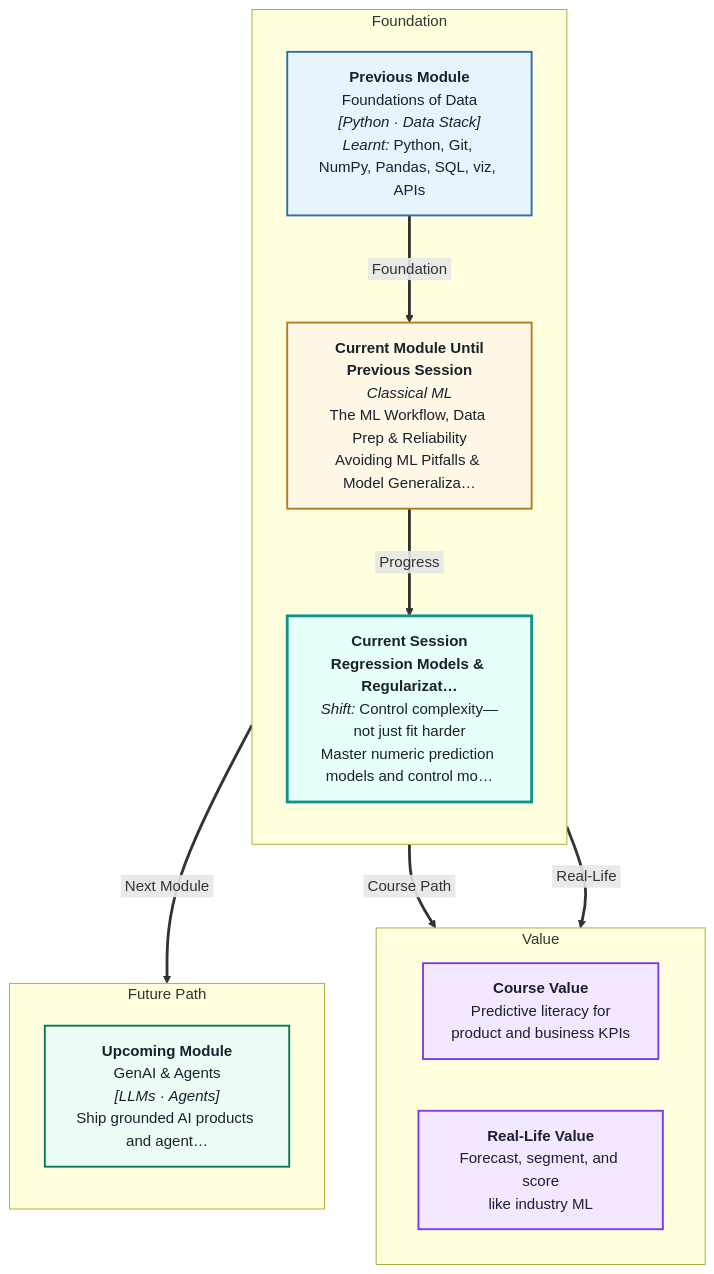
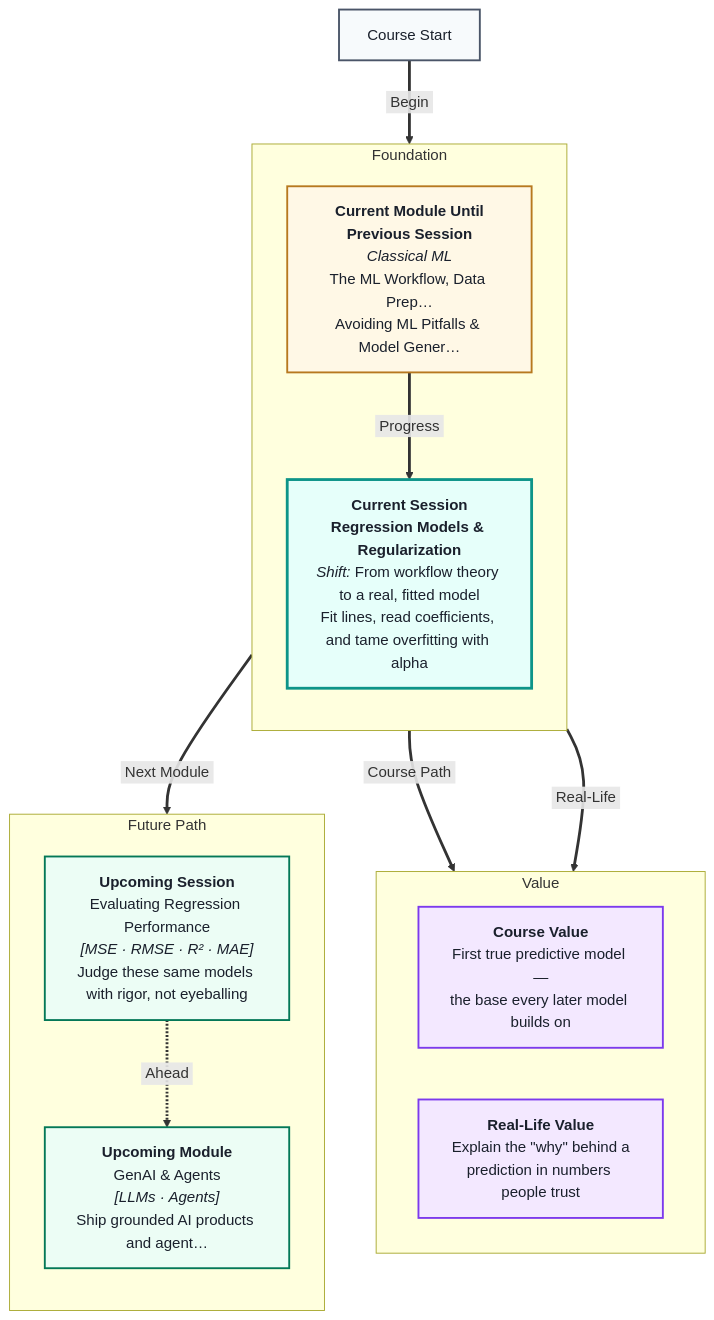
Before and after one commit to ritzrmx/Masai_Curriculum: the diagram in IITP_AIML_Regional/IITP-AIMLTN-2605/Module 2- Classical ML/Session 3- Regression Models & Regularization/mental Map: Regression Models & Regularization.md, drawn with Mermaid. The commit also changed 47 other files, not shown here.

First line of the commit message:
Regenerate Module 2 (Classical ML) lecture scripts, mental maps & coding problems

````diff
--- a/IITP_AIML_Regional/IITP-AIMLTN-2605/Module 2- Classical ML/Session 3- Regression Models & Regularization/mental Map: Regression Models & Regularization.md
+++ b/IITP_AIML_Regional/IITP-AIMLTN-2605/Module 2- Classical ML/Session 3- Regression Models & Regularization/mental Map: Regression Models & Regularization.md
@@ -1,41 +1,42 @@
 ```mermaid
 %%{init: {'flowchart': {'nodeSpacing': 55, 'rankSpacing': 65, 'diagramPadding': 24}}}%%
 flowchart TB
 linkStyle default stroke-width:3px
 
 subgraph foundation[" Foundation "]
 direction TB
-    P0["<b>Previous Module</b><br/>Foundations of Data<br/><i>[Python · Data Stack]</i><br/><i>Learnt:</i> Python, Git, NumPy, Pandas, SQL, viz, APIs"]
-    CURMOD["<b>Current Module Until<br/>Previous Session</b><br/><i>Classical ML</i><br/>The ML Workflow, Data Prep & Reliability<br/>Avoiding ML Pitfalls & Model Generaliza…"]
-    CURSES["<b>Current Session</b><br/><b>Regression Models & Regularizat…</b><br/><i>Shift:</i> Control complexity—not just fit harder<br/>Master numeric prediction models and control mo…"]
+    CURMOD["<b>Current Module Until<br/>Previous Session</b><br/><i>Classical ML</i><br/>The ML Workflow, Data Prep…<br/>Avoiding ML Pitfalls & Model Gener…"]
+    CURSES["<b>Current Session</b><br/><b>Regression Models & Regularization</b><br/><i>Shift:</i> From workflow theory to a real, fitted model<br/>Fit lines, read coefficients, and tame overfitting with alpha"]
 end
 
 subgraph value[" Value "]
 direction LR
-    CVAL["<b>Course Value</b><br/>Predictive literacy for<br/>product and business KPIs"]
-    RVAL["<b>Real-Life Value</b><br/>Forecast, segment, and score<br/>like industry ML"]
+    CVAL["<b>Course Value</b><br/>First true predictive model —<br/>the base every later model builds on"]
+    RVAL["<b>Real-Life Value</b><br/>Explain the &quot;why&quot; behind a<br/>prediction in numbers people trust"]
 end
 
 subgraph future[" Future Path "]
 direction TB
-    U0["<b>Upcoming Module</b><br/>GenAI & Agents<br/><i>[LLMs · Agents]</i><br/>Ship grounded AI products and agent…"]
+    U0["<b>Upcoming Session</b><br/>Evaluating Regression Performance<br/><i>[MSE · RMSE · R² · MAE]</i><br/>Judge these same models with rigor, not eyeballing"]
+    U1["<b>Upcoming Module</b><br/>GenAI & Agents<br/><i>[LLMs · Agents]</i><br/>Ship grounded AI products and agent…"]
 end
 
-P0 ==>|&nbsp;Foundation&nbsp;| CURMOD
+START["Course Start"] ==>|&nbsp;Begin&nbsp;| CURMOD
 CURMOD ==>|&nbsp;Progress&nbsp;| CURSES
 CURSES ==>|&nbsp;Course Path&nbsp;| CVAL
 CURSES ==>|&nbsp;Real-Life&nbsp;| RVAL
 CURSES ==>|&nbsp;Next Module&nbsp;| U0
+U0 -.->|&nbsp;Ahead&nbsp;| U1
 
 classDef prevBox fill:#E8F4FC,stroke:#2B6CB0,stroke-width:2px,color:#1A202C
 classDef curModBox fill:#FFF8E6,stroke:#B7791F,stroke-width:2px,color:#1A202C
 classDef curSessBox fill:#E6FFFA,stroke:#0D9488,stroke-width:3px,color:#1A202C
 classDef valueBox fill:#F3E8FF,stroke:#7C3AED,stroke-width:2px,color:#1A202C
 classDef futureBox fill:#ECFDF5,stroke:#047857,stroke-width:2px,color:#1A202C
 classDef startBox fill:#F7FAFC,stroke:#4A5568,stroke-width:2px,color:#1A202C
-class P0 prevBox
+class START startBox
 class CURMOD curModBox
 class CURSES curSessBox
 class CVAL,RVAL valueBox
-class U0 futureBox
+class U0,U1 futureBox
 ```
````
